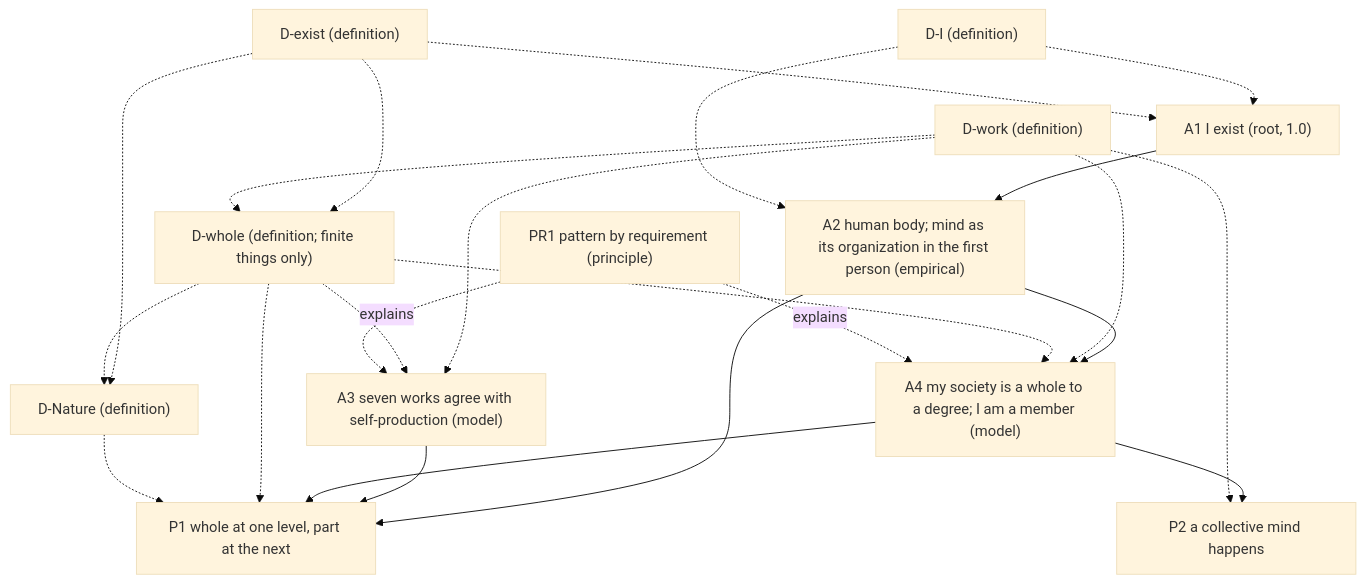
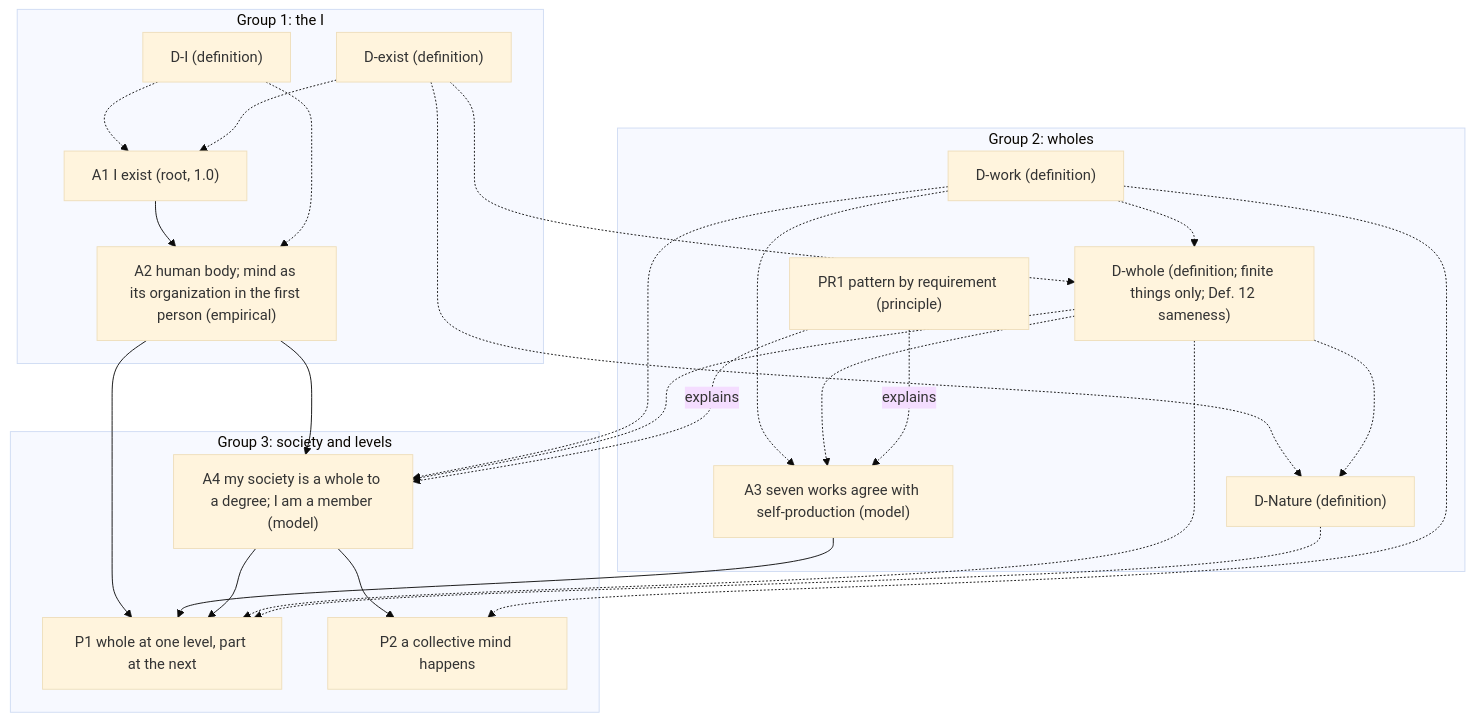
The diagram in candidates/core_v2/README.md (neuresthetics/freedom_of_necessity), drawn with Mermaid (base theme) before and after one commit. The commit also changed other lines of this file and 8 other files, not shown here.

````diff
--- a/candidates/core_v2/README.md
+++ b/candidates/core_v2/README.md
@@ -32,39 +48,45 @@
 ```mermaid
 graph TD
-  DI["D-I (definition)"]
-  DE["D-exist (definition)"]
-  DW["D-work (definition)"]
-  DH["D-whole (definition; finite things only)"]
-  DN["D-Nature (definition)"]
-  A1["A1 I exist (root, 1.0)"]
-  A2["A2 human body; mind as its organization in the first person (empirical)"]
-  A3["A3 seven works agree with self-production (model)"]
-  PR1["PR1 pattern by requirement (principle)"]
-  A4["A4 my society is a whole to a degree; I am a member (model)"]
-  P1["P1 whole at one level, part at the next"]
-  P2["P2 a collective mind happens"]
+  subgraph G1["Group 1: the I"]
+    DI["D-I (definition)"]
+    DE["D-exist (definition)"]
+    A1["A1 I exist (root, 1.0)"]
+    A2["A2 human body; mind as its organization in the first person (empirical)"]
+  end
+  subgraph G2["Group 2: wholes"]
+    DW["D-work (definition)"]
+    DH["D-whole (definition; finite things only; Def. 12 sameness)"]
+    DN["D-Nature (definition)"]
+    A3["A3 seven works agree with self-production (model)"]
+    PR1["PR1 pattern by requirement (principle)"]
+  end
+  subgraph G3["Group 3: society and levels"]
+    A4["A4 my society is a whole to a degree; I am a member (model)"]
+    P1["P1 whole at one level, part at the next"]
+    P2["P2 a collective mind happens"]
+  end
 
   A1 --> A2
   A2 --> A4
   A2 --> P1
   A3 --> P1
   A4 --> P1
   A4 --> P2
 
   DI -.-> A1
   DE -.-> A1
   DI -.-> A2
   DE -.-> DH
   DW -.-> DH
   DE -.-> DN
   DH -.-> DN
   DW -.-> A3
   DH -.-> A3
   DW -.-> A4
   DH -.-> A4
   DH -.-> P1
   DN -.-> P1
   DW -.-> P2
   PR1 -. explains .-> A3
   PR1 -. explains .-> A4
 ```
````
